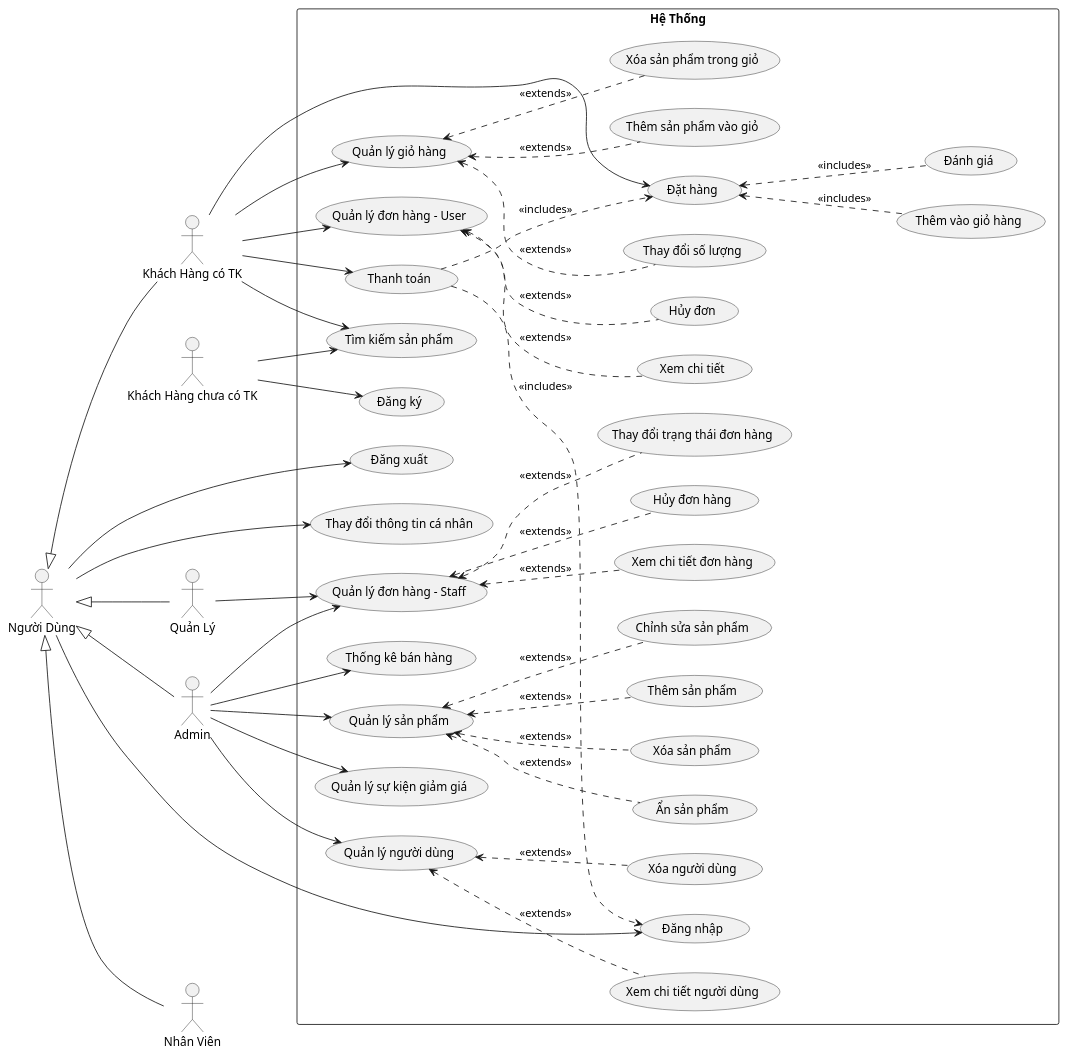
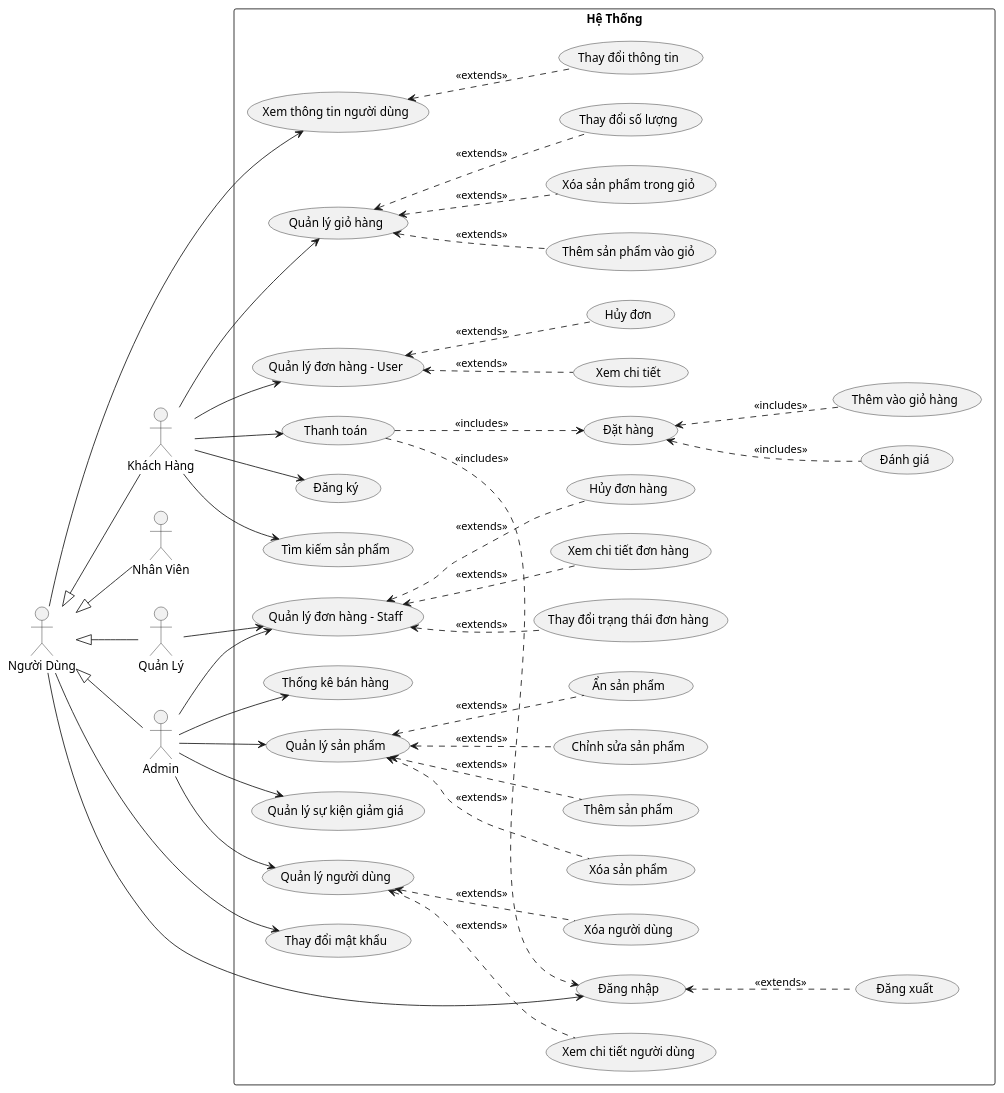
Before and after one commit to B5u2423/Bookstore-Website: the diagram in docs/diagrams/Usecase/system.wsd, drawn with PlantUML. The commit also changed 3 other files, not shown here.

```diff
--- a/docs/diagrams/Usecase/system.wsd
+++ b/docs/diagrams/Usecase/system.wsd
@@ -1,62 +1,60 @@
 @startuml system_uc
 left to right direction
 skinparam packageStyle rectangle
 
-actor "Khách Hàng có TK" as KH
-actor "Khách Hàng chưa có TK" as KHK
+actor "Khách Hàng" as KH
 actor "Người Dùng" as ND
 actor "Quản Lý" as QL
 actor "Nhân Viên" as NV
 actor Admin as AD
 
 ND <|-- AD
 ND <|-- QL
 ND <|-- KH
 ND <|-- NV
 
 rectangle "Hệ Thống" {
   ND --> (Đăng nhập)
-  ND --> (Đăng xuất)
-  ND --> (Thay đổi thông tin cá nhân)
+  ND --> (Thay đổi mật khẩu)
+  (Đăng nhập) <.. (Đăng xuất) : <<extends>>
+  ND --> (Xem thông tin người dùng)
+  (Xem thông tin người dùng) <.. (Thay đổi thông tin) : <<extends>>
   (Thanh toán) ..> (Đăng nhập) : <<includes>>
 
-  KHK --> (Đăng ký)
-  KHK --> (Tìm kiếm sản phẩm)
-  
+  KH --> (Đăng ký)
   KH --> (Tìm kiếm sản phẩm)
-  KH --> (Đặt hàng)
   KH --> (Quản lý giỏ hàng)
   KH --> (Quản lý đơn hàng - User)
   KH --> (Thanh toán)
 
   (Quản lý đơn hàng - User) <.. (Hủy đơn)  : <<extends>>
   (Quản lý đơn hàng - User) <.. (Xem chi tiết) : <<extends>>
   (Thanh toán) ..> (Đặt hàng) : <<includes>>
   (Đặt hàng) <.. (Thêm vào giỏ hàng) : <<includes>>
   (Đặt hàng) <.. (Đánh giá) : <<includes>>
   (Quản lý giỏ hàng) <.. (Thêm sản phẩm vào giỏ) : <<extends>>
   (Quản lý giỏ hàng) <.. (Xóa sản phẩm trong giỏ) : <<extends>>
   (Quản lý giỏ hàng) <.. (Thay đổi số lượng) : <<extends>>
 
   AD --> (Quản lý đơn hàng - Staff)
   AD --> (Quản lý người dùng)
   AD --> (Thống kê bán hàng)
   AD --> (Quản lý sản phẩm)
   AD --> (Quản lý sự kiện giảm giá)
 
   (Quản lý người dùng) <.. (Xem chi tiết người dùng) : <<extends>>
   (Quản lý người dùng) <.. (Xóa người dùng) : <<extends>>
   (Quản lý sản phẩm) <.. (Thêm sản phẩm) : <<extends>>
   (Quản lý sản phẩm) <.. (Chỉnh sửa sản phẩm) : <<extends>>
   (Quản lý sản phẩm) <.. (Ẩn sản phẩm) : <<extends>>
   (Quản lý sản phẩm) <.. (Xóa sản phẩm) : <<extends>>
 
   QL --> (Quản lý đơn hàng - Staff)
   (Quản lý đơn hàng - Staff) <.. (Xem chi tiết đơn hàng) : <<extends>>
   (Quản lý đơn hàng - Staff) <.. (Hủy đơn hàng) : <<extends>>
   (Quản lý đơn hàng - Staff) <.. (Thay đổi trạng thái đơn hàng) : <<extends>>
   
   
 }
 
 @enduml
```
